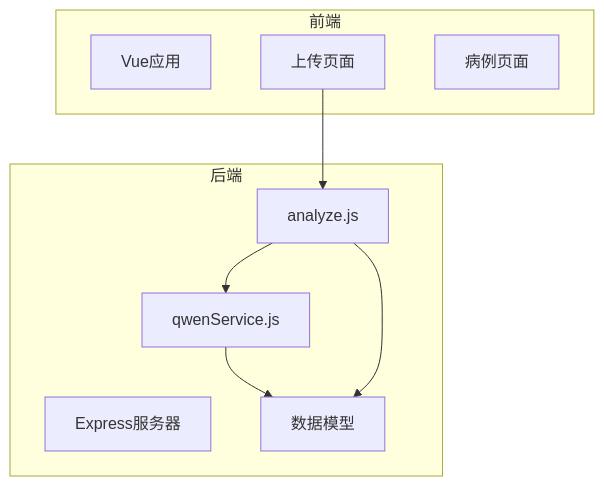
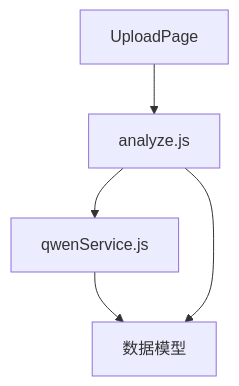
Before and after one commit to xingranya/CervixDetectAI: the first of 8 diagrams in wiki/API参考/AI分析API/AI分析结果API.md, drawn with Mermaid. The commit also changed other lines of this file and 35 other files, not shown here.

First line of the commit message:
docs(readme): 优化并统一项目文档中的流程图与说明

````diff
--- a/wiki/API参考/AI分析API/AI分析结果API.md
+++ b/wiki/API参考/AI分析API/AI分析结果API.md
@@ -28,18 +28,7 @@
 ```mermaid
-graph TB
-subgraph "前端"
-VueApp[Vue应用]
-UploadPage[上传页面]
-StudiesPage[病例页面]
-end
-subgraph "后端"
-Express[Express服务器]
-AnalyzeRoute[analyze.js]
-QwenService[qwenService.js]
-Models[数据模型]
-end
-UploadPage --> AnalyzeRoute
-AnalyzeRoute --> QwenService
-QwenService --> Models
+flowchart TB
+UploadPage[UploadPage] --> AnalyzeRoute[analyze.js]
+AnalyzeRoute --> QwenService[qwenService.js]
+QwenService --> Models[数据模型]
 AnalyzeRoute --> Models
 ```
````
